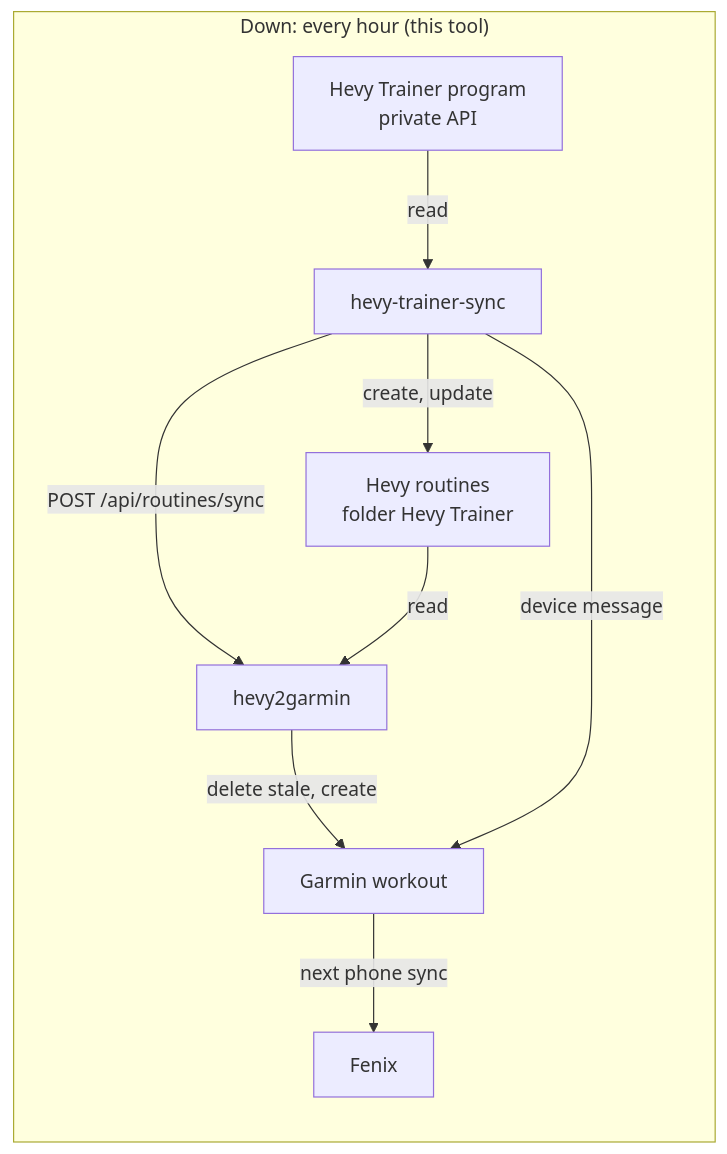
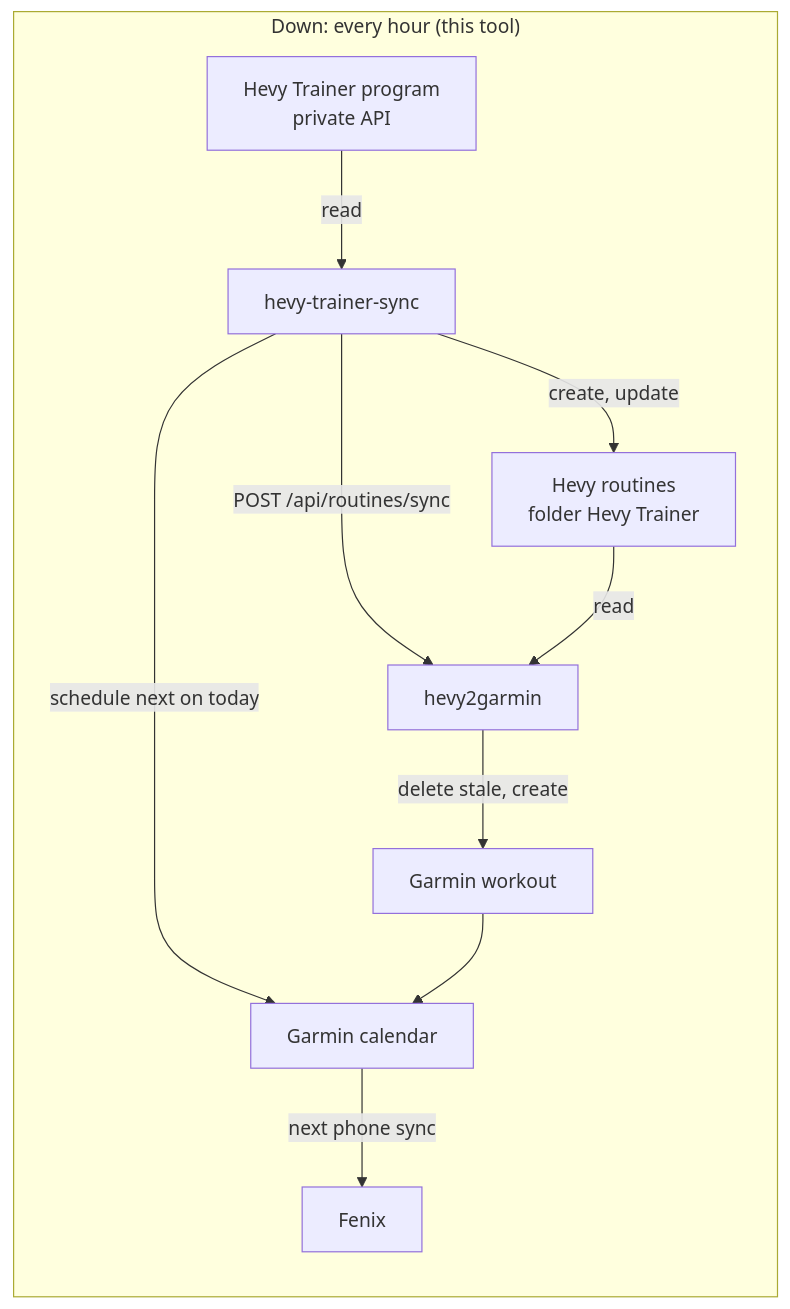
Before and after one commit to zimmertr/hevy-trainer-sync: the first of 2 diagrams in docs/ARCHITECTURE.md, drawn with Mermaid. The commit also changed other lines of this file and 24 other files, not shown here.

````diff
--- a/docs/ARCHITECTURE.md
+++ b/docs/ARCHITECTURE.md
@@ -9,12 +9,13 @@
 ```mermaid
 flowchart LR
     subgraph down["Down: every hour (this tool)"]
         T[Hevy Trainer program<br/>private API] -->|read| J[hevy-trainer-sync]
         J -->|create, update| R[Hevy routines<br/>folder Hevy Trainer]
         J -->|POST /api/routines/sync| H[hevy2garmin]
         R -->|read| H
         H -->|delete stale, create| W[Garmin workout]
-        J -->|device message| W
-        W -->|next phone sync| F[Fenix]
+        J -->|schedule next on today| C[Garmin calendar]
+        W --> C
+        C -->|next phone sync| F[Fenix]
     end
 ```
````
